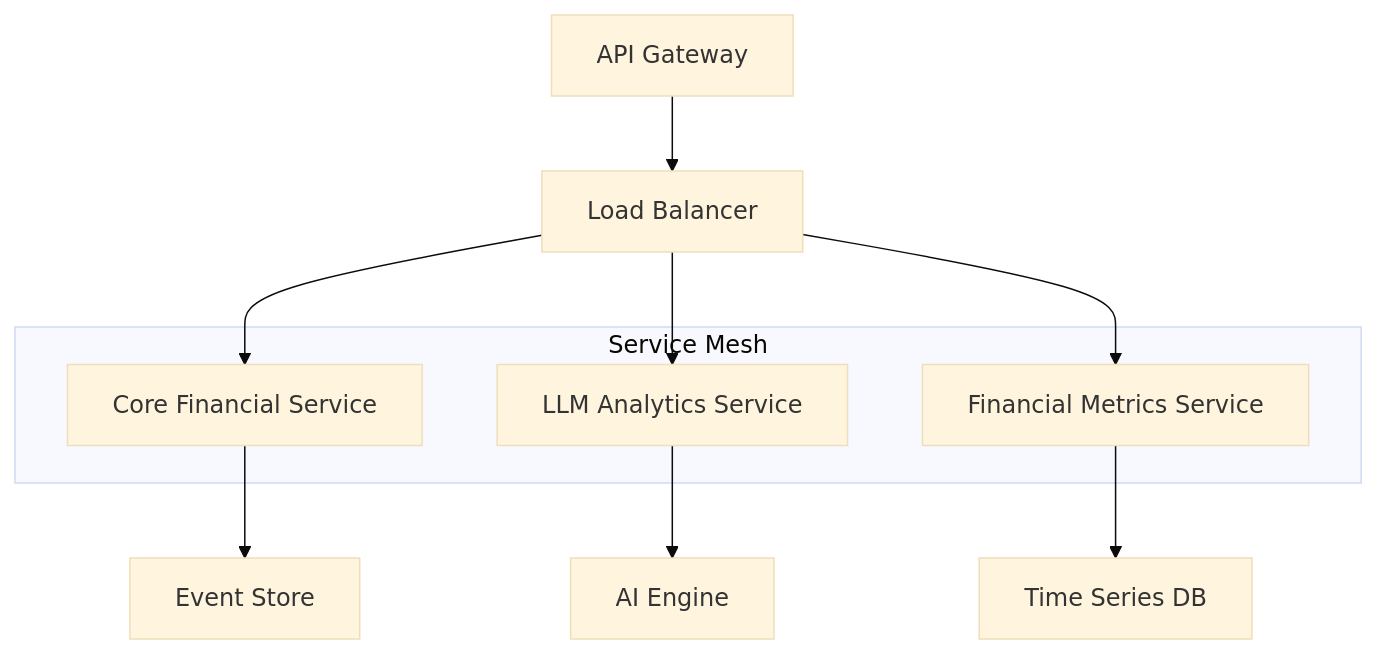
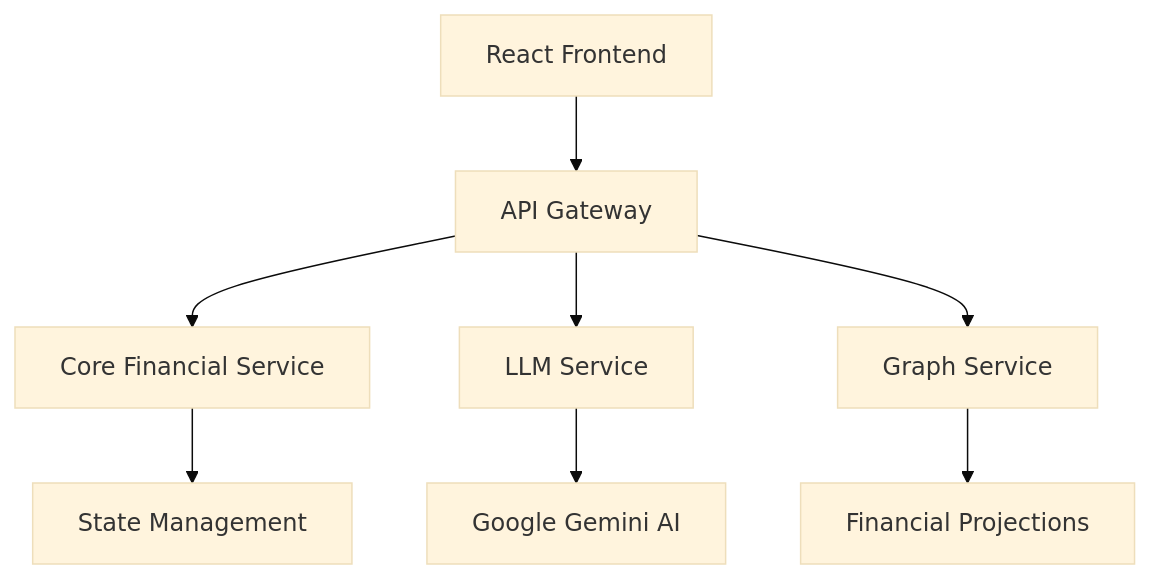
The diagram in README.md (EASS-HIT-PART-A-2024-CLASS-VI/AllFunds_AG), drawn with Mermaid (base theme) before and after one commit. The commit also changed other lines of this file, not shown here.

````diff
--- a/README.md
+++ b/README.md
@@ -68,16 +14,10 @@
 ```mermaid
 graph TD
-    A[API Gateway] --> B[Load Balancer]
+    A[React Frontend] --> B[API Gateway]
     B --> C[Core Financial Service]
-    B --> D[LLM Analytics Service]
-    B --> E[Financial Metrics Service]
-    C --> F[Event Store]
-    D --> G[AI Engine]
-    E --> H[Time Series DB]
-    
-    subgraph "Service Mesh"
-    C
-    D
-    E
-    end
+    B --> D[LLM Service]
+    B --> E[Graph Service]
+    C --> F[State Management]
+    D --> G[Google Gemini AI]
+    E --> H[Financial Projections]
 ```
````
